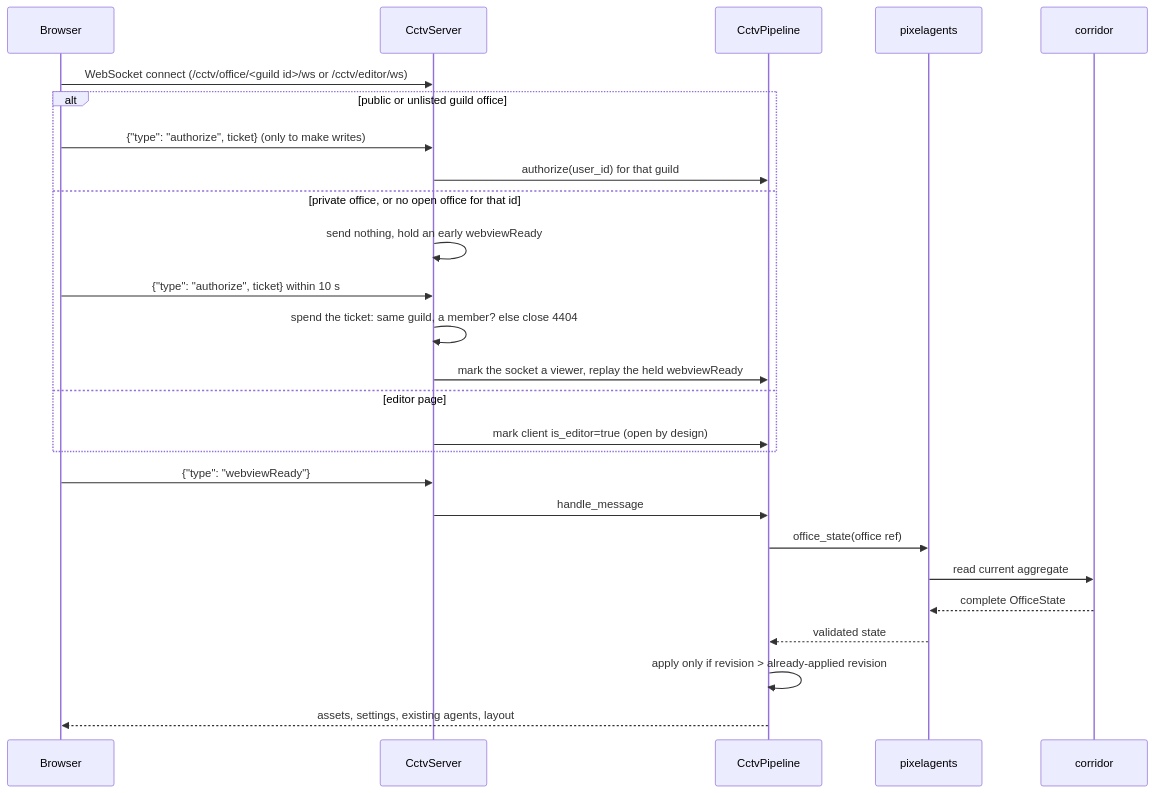
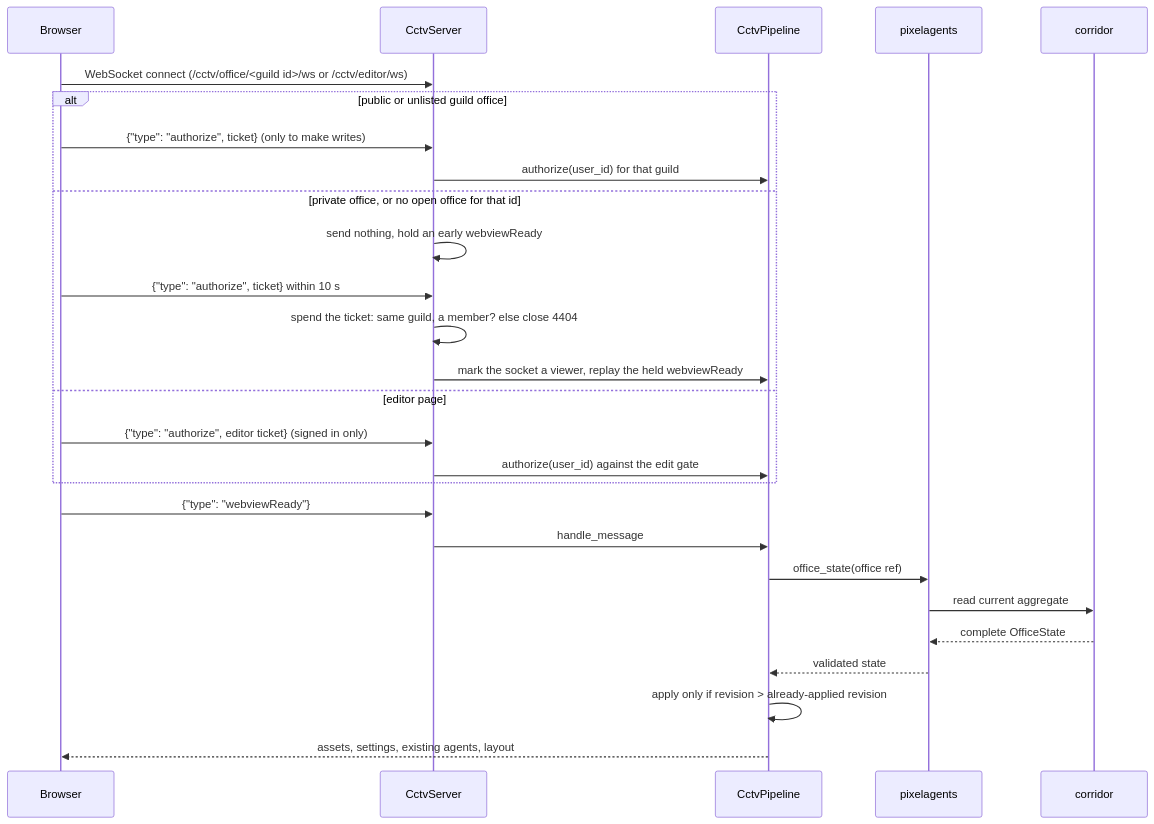
Before and after one commit to pixel-agents-hq/pixel-agents-cogs: the second of 6 diagrams in docs/cctv-design.md, drawn with Mermaid. The commit also changed other lines of this file and 24 other files, not shown here.

````diff
--- a/docs/cctv-design.md
+++ b/docs/cctv-design.md
@@ -404,29 +428,30 @@
 ```mermaid
 sequenceDiagram
     participant B as Browser
     participant S as CctvServer
     participant Pi as CctvPipeline
     participant PA as pixelagents
     participant Co as corridor
 
     B->>S: WebSocket connect (/cctv/office/<guild id>/ws or /cctv/editor/ws)
     alt public or unlisted guild office
         B->>S: {"type": "authorize", ticket} (only to make writes)
         S->>Pi: authorize(user_id) for that guild
     else private office, or no open office for that id
         S->>S: send nothing, hold an early webviewReady
         B->>S: {"type": "authorize", ticket} within 10 s
         S->>S: spend the ticket: same guild, a member? else close 4404
         S->>Pi: mark the socket a viewer, replay the held webviewReady
     else editor page
-        S->>Pi: mark client is_editor=true (open by design)
+        B->>S: {"type": "authorize", editor ticket} (signed in only)
+        S->>Pi: authorize(user_id) against the edit gate
     end
     B->>S: {"type": "webviewReady"}
     S->>Pi: handle_message
     Pi->>PA: office_state(office ref)
     PA->>Co: read current aggregate
     Co-->>PA: complete OfficeState
     PA-->>Pi: validated state
     Pi->>Pi: apply only if revision > already-applied revision
     Pi-->>B: assets, settings, existing agents, layout
 ```
````
